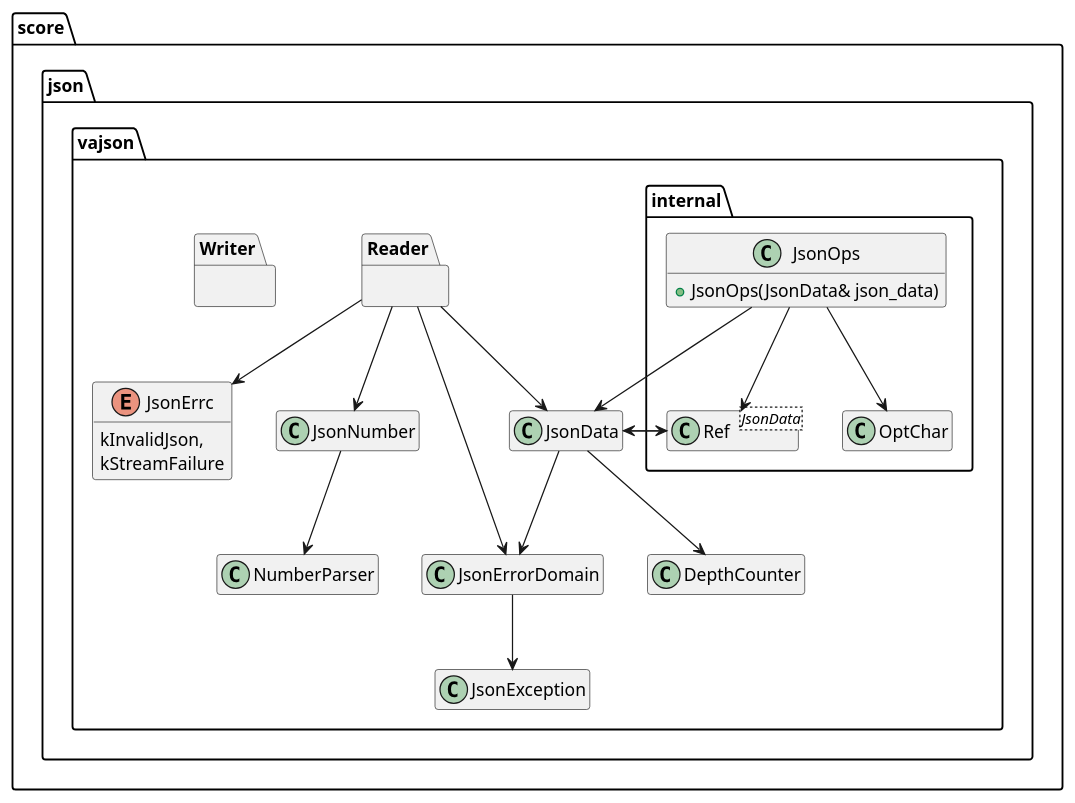
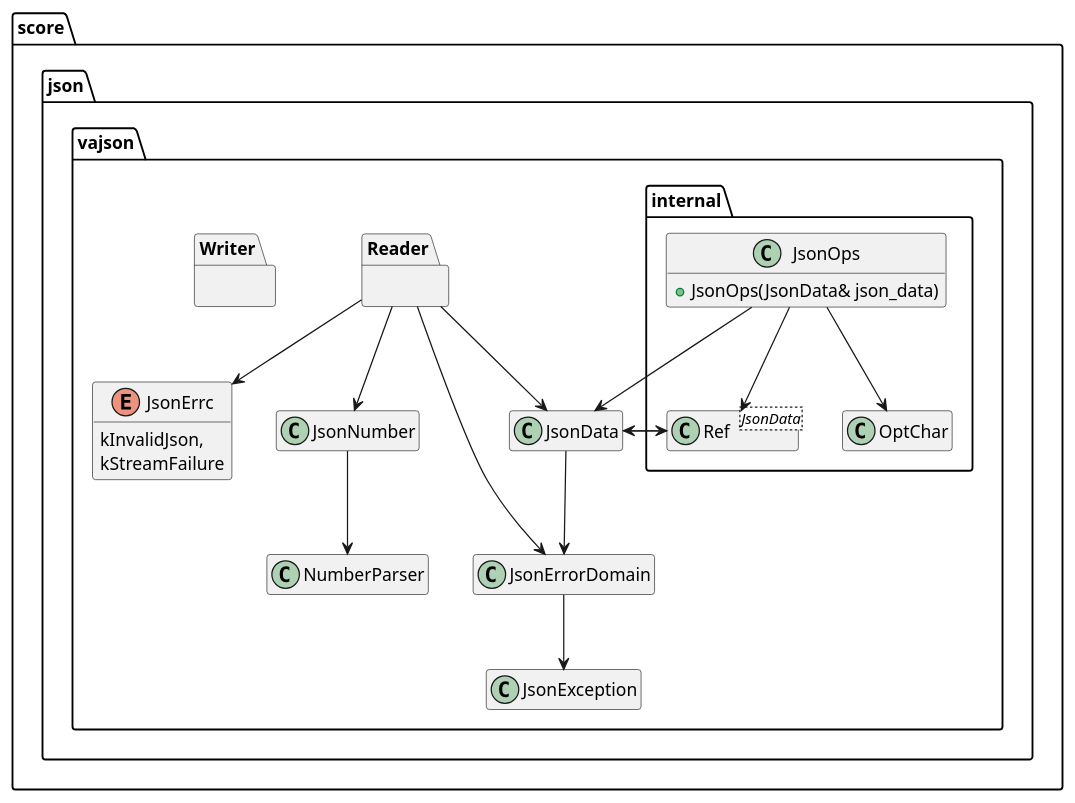
One commit to eclipse-score/baselibs changed the diagram in score/json/docs/vajson/detailed_design/logical/diagrams/Util.puml. Above: the diagram before and after it, drawn with PlantUML. The commit also changed 14 other files, not shown here.

First line of the commit message:
json parser: replace DepthCounter with a StructureValidator owned by the parser

```diff
--- a/score/json/docs/vajson/detailed_design/logical/diagrams/Util.puml
+++ b/score/json/docs/vajson/detailed_design/logical/diagrams/Util.puml
@@ -1,58 +1,56 @@
 @startuml
 hide empty members
 
 package "score" {
 
   package "json" {
   package "vajson" {
     enum JsonErrc {
       kInvalidJson,
       kStreamFailure
     }
 
 
     class NumberParser {}
 
     class JsonNumber {}
 
     package Reader {
     }
 
     package Writer {
     }
 
     class JsonData {}
 
-    class DepthCounter {}
     class JsonErrorDomain {}
     class JsonException {}
 
     package "internal" {
       class JsonOps {
         + JsonOps(JsonData& json_data)
       }
       class Ref<JsonData> {}
       class OptChar {}
     }
   }
   }
 }
 
 JsonNumber --> NumberParser
 
 Reader -down-> JsonNumber
 Reader -down-> JsonErrorDomain
 Reader -down-> JsonErrc
 Reader -down-> JsonData
 
 JsonOps --> Ref
 Ref --> JsonData
 JsonData --> Ref
 JsonOps --> JsonData
 JsonOps --> OptChar
 
-JsonData --> DepthCounter
 JsonData --> JsonErrorDomain
 JsonErrorDomain --> JsonException
 
 @enduml
```
